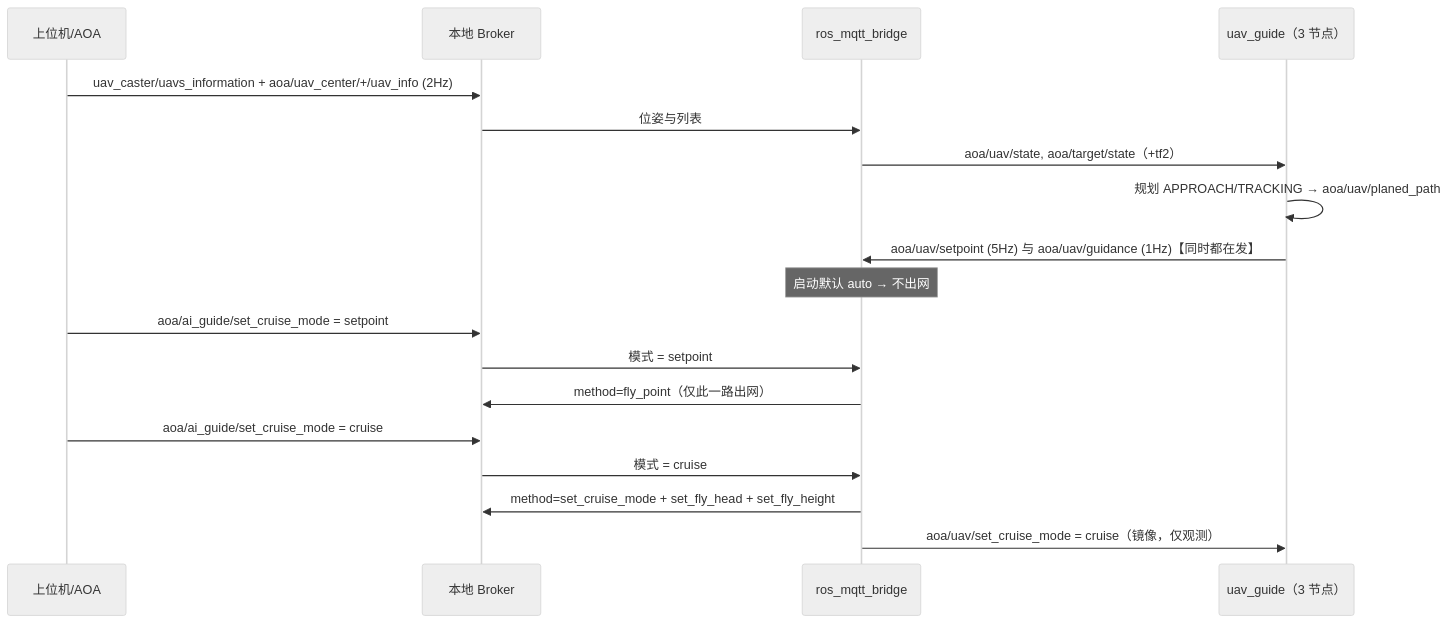
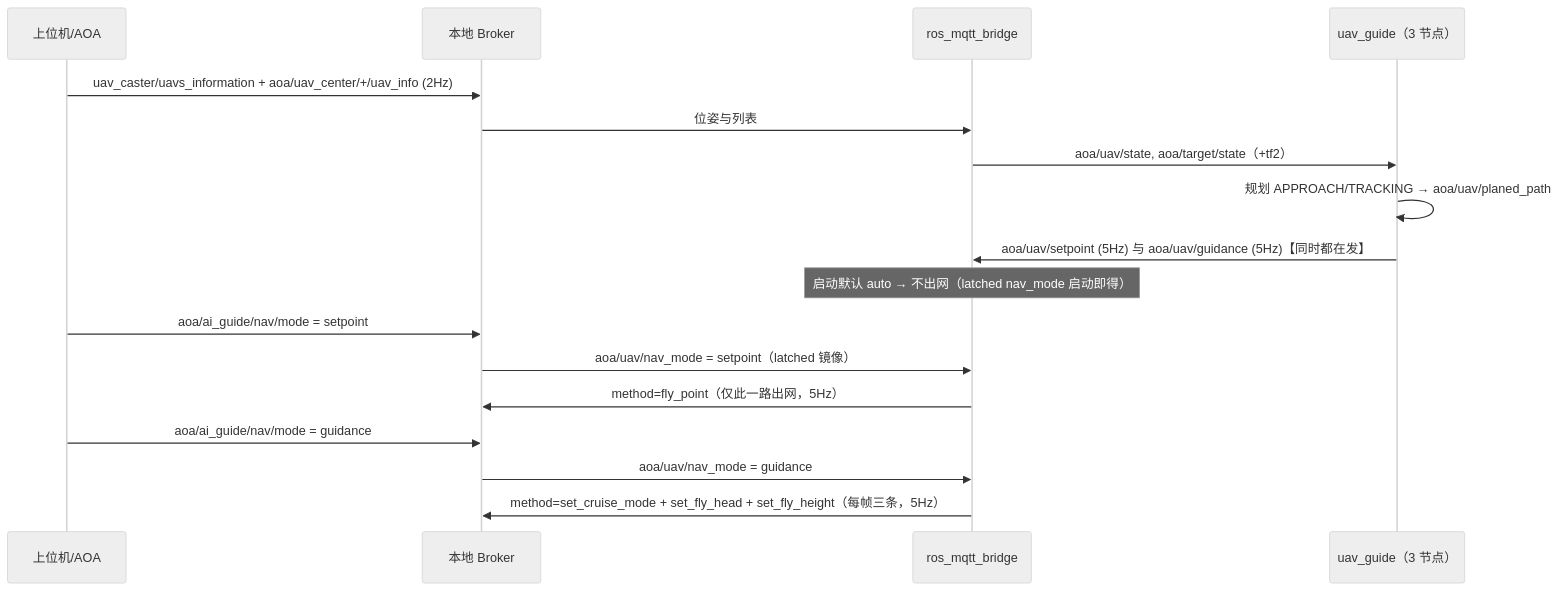
The fifth of 5 diagrams in doc/ros2rebuild.md (ZhangxiaokangRichard/beam_UAV_path_plan), drawn with Mermaid (neutral theme) before and after one commit. The commit also changed other lines of this file and 19 other files, not shown here.

````diff
--- a/doc/ros2rebuild.md
+++ b/doc/ros2rebuild.md
@@ -670,20 +672,19 @@
 ```mermaid
 sequenceDiagram
     participant A as 上位机/AOA
     participant B as 本地 Broker
     participant M as ros_mqtt_bridge
     participant G as uav_guide（3 节点）
     A->>B: uav_caster/uavs_information + aoa/uav_center/+/uav_info (2Hz)
     B->>M: 位姿与列表
     M->>G: aoa/uav/state, aoa/target/state（+tf2）
     G->>G: 规划 APPROACH/TRACKING → aoa/uav/planed_path
-    G->>M: aoa/uav/setpoint (5Hz) 与 aoa/uav/guidance (1Hz)【同时都在发】
-    Note over M: 启动默认 auto → 不出网
-    A->>B: aoa/ai_guide/set_cruise_mode = setpoint
-    B->>M: 模式 = setpoint
-    M->>B: method=fly_point（仅此一路出网）
-    A->>B: aoa/ai_guide/set_cruise_mode = cruise
-    B->>M: 模式 = cruise
-    M->>B: method=set_cruise_mode + set_fly_head + set_fly_height
-    M->>G: aoa/uav/set_cruise_mode = cruise（镜像，仅观测）
+    G->>M: aoa/uav/setpoint (5Hz) 与 aoa/uav/guidance (5Hz)【同时都在发】
+    Note over M: 启动默认 auto → 不出网（latched nav_mode 启动即得）
+    A->>B: aoa/ai_guide/nav/mode = setpoint
+    B->>M: aoa/uav/nav_mode = setpoint（latched 镜像）
+    M->>B: method=fly_point（仅此一路出网，5Hz）
+    A->>B: aoa/ai_guide/nav/mode = guidance
+    B->>M: aoa/uav/nav_mode = guidance
+    M->>B: method=set_cruise_mode + set_fly_head + set_fly_height（每帧三条，5Hz）
 ```
````
